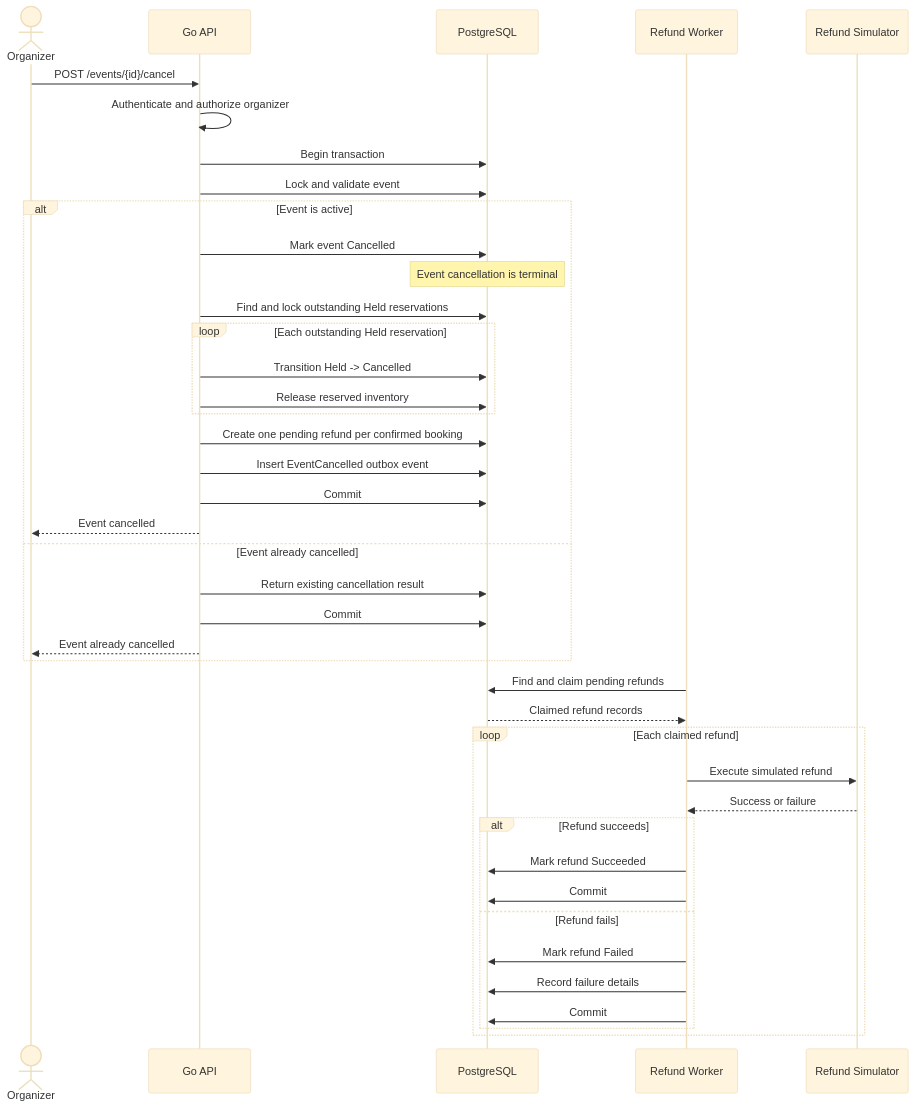
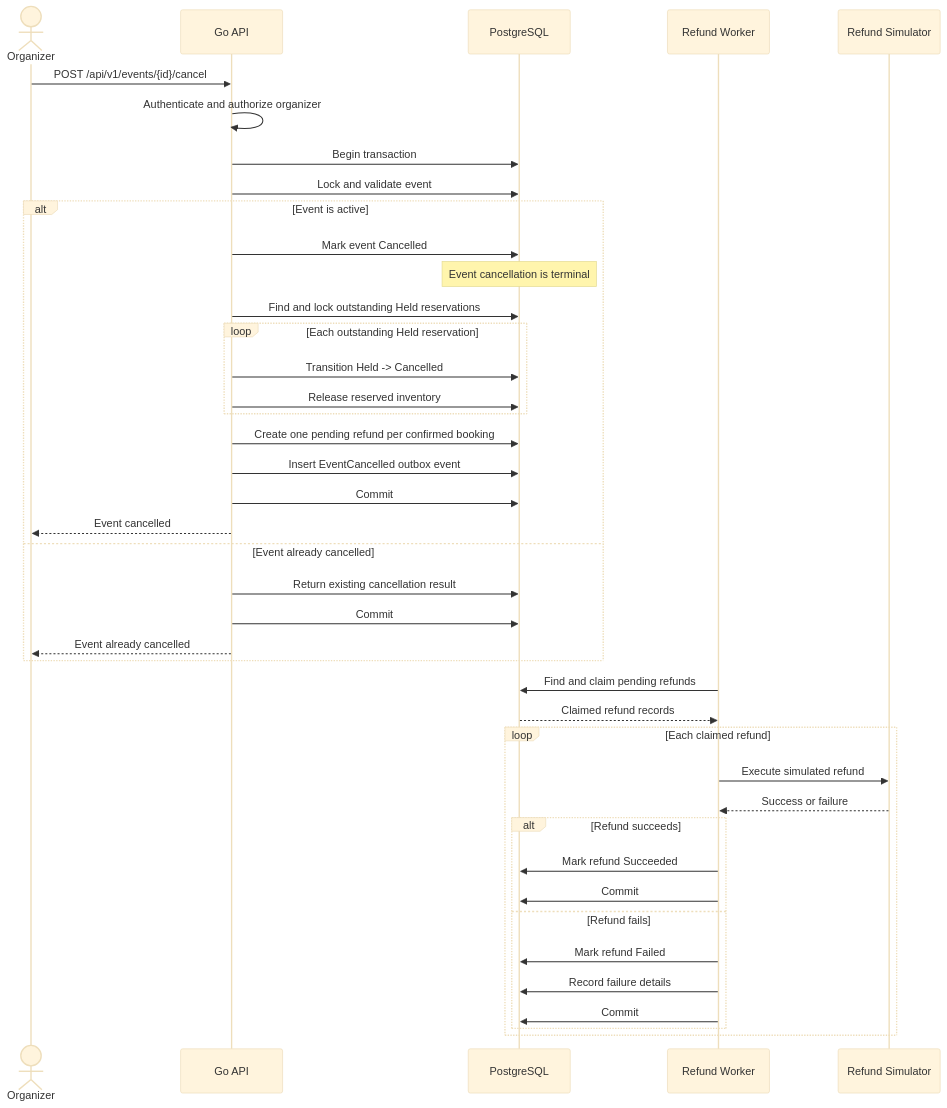
One commit to Punith1117/ticket-forge changed diagram 14 of 15 in docs/sequence-diagrams.md. Above: the diagram before and after it, drawn with Mermaid (base theme). The commit also changed other lines of this file and 7 other files, not shown here.

````diff
--- a/docs/sequence-diagrams.md
+++ b/docs/sequence-diagrams.md
@@ -382,53 +534,53 @@
 ```mermaid
 sequenceDiagram
     actor O as Organizer
     participant API as Go API
     participant DB as PostgreSQL
     participant W as Refund Worker
     participant R as Refund Simulator
 
-    O->>API: POST /events/{id}/cancel
+    O->>API: POST /api/v1/events/{id}/cancel
 
     API->>API: Authenticate and authorize organizer
     API->>DB: Begin transaction
     API->>DB: Lock and validate event
 
     alt Event is active
         API->>DB: Mark event Cancelled
         Note over DB: Event cancellation is terminal
 
         API->>DB: Find and lock outstanding Held reservations
         loop Each outstanding Held reservation
             API->>DB: Transition Held -> Cancelled
             API->>DB: Release reserved inventory
         end
 
         API->>DB: Create one pending refund per confirmed booking
         API->>DB: Insert EventCancelled outbox event
         API->>DB: Commit
 
         API-->>O: Event cancelled
 
     else Event already cancelled
         API->>DB: Return existing cancellation result
         API->>DB: Commit
         API-->>O: Event already cancelled
     end
 
     W->>DB: Find and claim pending refunds
     DB-->>W: Claimed refund records
 
     loop Each claimed refund
         W->>R: Execute simulated refund
         R-->>W: Success or failure
 
         alt Refund succeeds
             W->>DB: Mark refund Succeeded
             W->>DB: Commit
         else Refund fails
             W->>DB: Mark refund Failed
             W->>DB: Record failure details
             W->>DB: Commit
         end
     end
 ```
````
